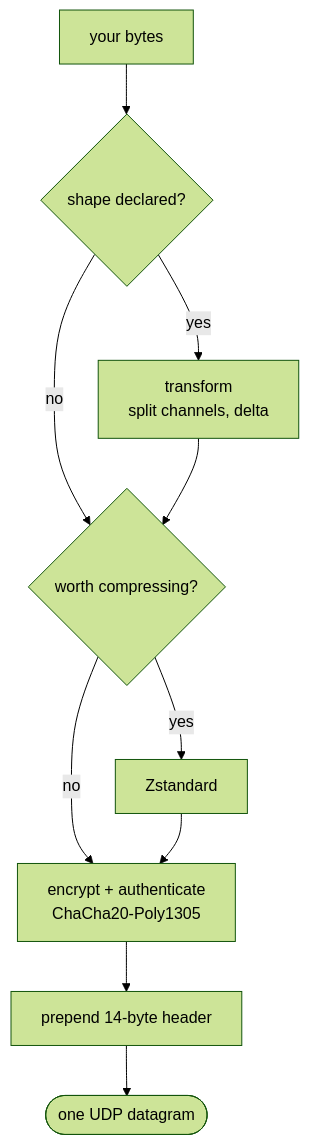
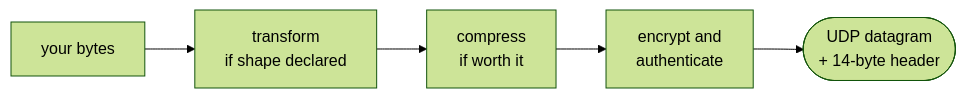
Before and after one commit to YounghyeonPark/fectp: the fourth of 5 diagrams in README.md, drawn with Mermaid (forest theme). The commit also changed other lines of this file, not shown here.

Commit message:
README: compact the send-path diagram
It rendered 1214px tall — a whole screen for one picture. Folding the two
decisions into the node labels keeps what they said and fits on one line.
Also stops '~29 KiB' wrapping mid-figure in the layering diagram.

````diff
--- a/README.md
+++ b/README.md
@@ -148,12 +148,7 @@
 ```mermaid
-flowchart TD
-    P["your bytes"] --> T{"shape declared?"}
-    T -->|yes| TR["transform<br/>split channels, delta"]
-    T -->|no| Z{"worth compressing?"}
-    TR --> Z
-    Z -->|yes| ZS["Zstandard"]
-    Z -->|no| E["encrypt + authenticate<br/>ChaCha20-Poly1305"]
-    ZS --> E
-    E --> W["prepend 14-byte header"]
-    W --> S(["one UDP datagram"])
+flowchart LR
+    P["your bytes"] --> TR["transform<br/>if shape declared"]
+    TR --> Z["compress<br/>if worth it"]
+    Z --> E["encrypt and<br/>authenticate"]
+    E --> S(["UDP datagram<br/>+ 14-byte header"])
 ```
````
